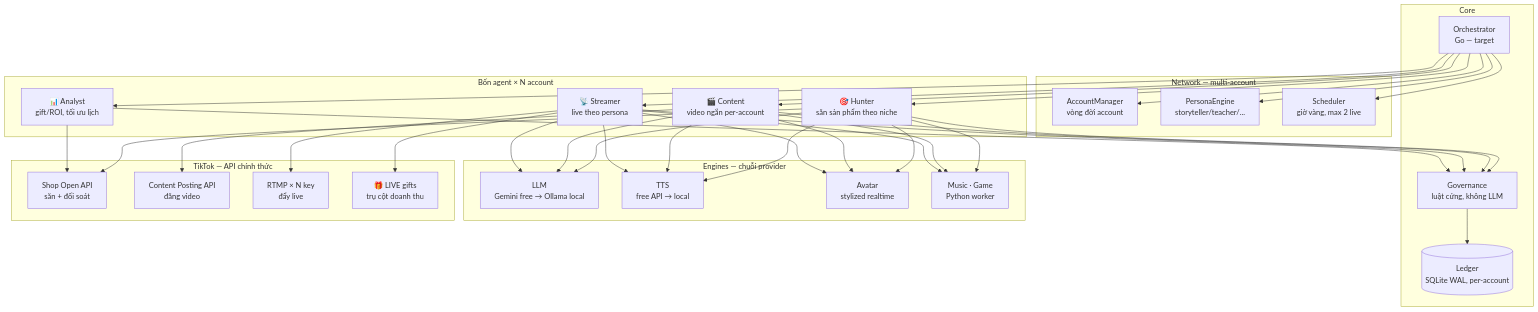
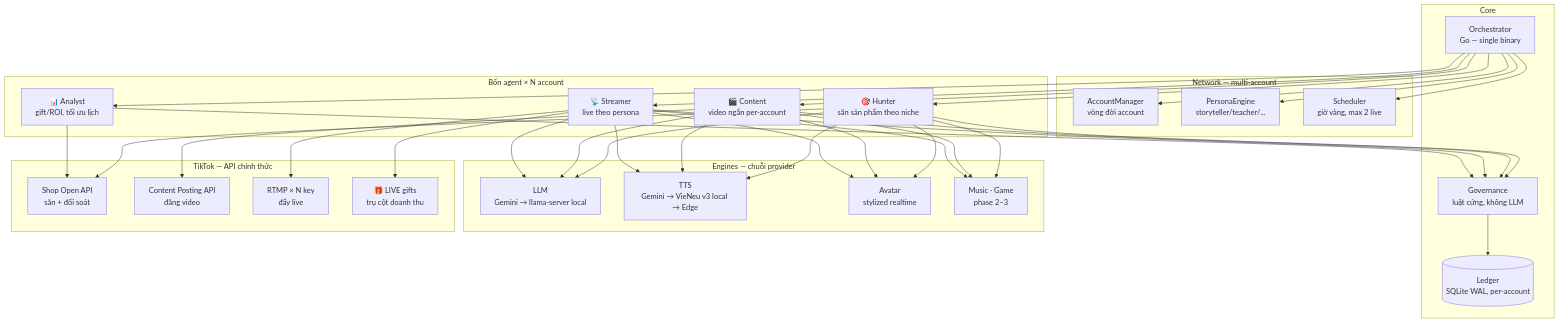
Before and after one commit to ninhlee99/ai-creator-os: the third of 9 diagrams in README.md, drawn with Mermaid. The commit also changed other lines of this file and 3 other files, not shown here.

First line of the commit message:
docs: Go-only architecture (v0.5-go)

````diff
--- a/README.md
+++ b/README.md
@@ -86,40 +86,40 @@
 ```mermaid
 flowchart TB
     subgraph Net["Network — multi-account"]
         AM[AccountManager<br/>vòng đời account]
         PE[PersonaEngine<br/>storyteller/teacher/...]
         SC[Scheduler<br/>giờ vàng, max 2 live]
     end
     subgraph Agents["Bốn agent × N account"]
         H[🎯 Hunter<br/>săn sản phẩm theo niche]
         C[🎬 Content<br/>video ngắn per-account]
         S[📡 Streamer<br/>live theo persona]
         A[📊 Analyst<br/>gift/ROI, tối ưu lịch]
     end
     subgraph Core["Core"]
-        O[Orchestrator<br/>Go — target]
+        O[Orchestrator<br/>Go — single binary]
         G[Governance<br/>luật cứng, không LLM]
         L[(Ledger<br/>SQLite WAL, per-account)]
     end
     subgraph Engines["Engines — chuỗi provider"]
-        LLM[LLM<br/>Gemini free → Ollama local]
-        TTS[TTS<br/>free API → local]
+        LLM[LLM<br/>Gemini → llama-server local]
+        TTS[TTS<br/>Gemini → VieNeu v3 local → Edge]
         AV[Avatar<br/>stylized realtime]
-        MU[Music · Game<br/>Python worker]
+        MU[Music · Game<br/>phase 2–3]
     end
     subgraph Platform["TikTok — API chính thức"]
         SHOP[Shop Open API<br/>săn + đối soát]
         POST[Content Posting API<br/>đăng video]
         RTMP[RTMP × N key<br/>đẩy live]
         GIFT[🎁 LIVE gifts<br/>trụ cột doanh thu]
     end
     O --> AM & PE & SC
     O --> H & C & S & A
     H & C & S & A --> G --> L
     H --> SHOP
     A --> SHOP
     C --> POST
     S --> RTMP
     S --> GIFT
     H & C & S --> LLM & TTS & AV & MU
 ```
````
